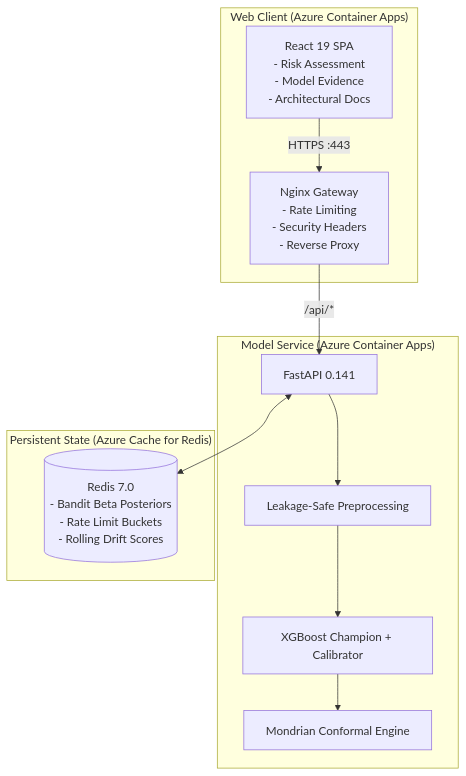
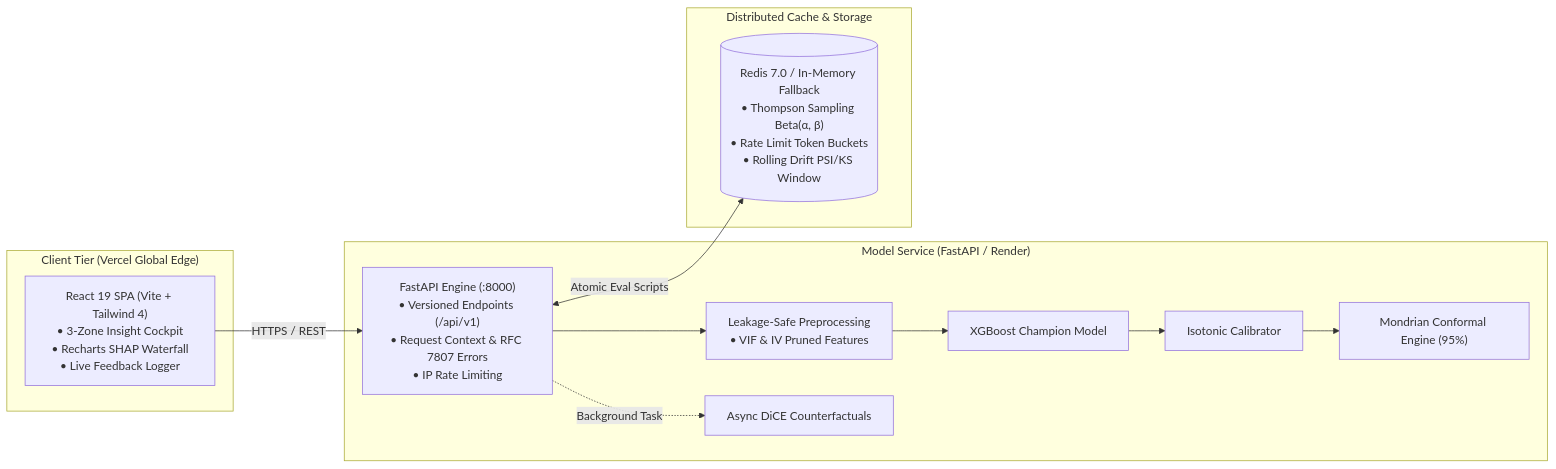
The diagram in README.md (kashish-sachdeva-ds/retentionai), drawn with Mermaid before and after one commit. The commit also changed other lines of this file, not shown here.

Commit message:
docs: polish enterprise-grade README with live demo and ADR links

````diff
--- a/README.md
+++ b/README.md
@@ -29,23 +46,24 @@
 ```mermaid
-flowchart TD
-    subgraph Frontend ["Web Client (Azure Container Apps)"]
-        SPA["React 19 SPA<br/>- Risk Assessment<br/>- Model Evidence<br/>- Architectural Docs"]
-        Nginx["Nginx Gateway<br/>- Rate Limiting<br/>- Security Headers<br/>- Reverse Proxy"]
+flowchart LR
+    subgraph Client ["Client Tier (Vercel Global Edge)"]
+        UI["React 19 SPA (Vite + Tailwind 4)<br/>• 3-Zone Insight Cockpit<br/>• Recharts SHAP Waterfall<br/>• Live Feedback Logger"]
     end
 
-    subgraph API ["Model Service (Azure Container Apps)"]
-        FastAPI["FastAPI 0.141"]
-        Pipeline["Leakage-Safe Preprocessing"]
-        Model["XGBoost Champion + Calibrator"]
-        Conformal["Mondrian Conformal Engine"]
+    subgraph Gateway ["Model Service (FastAPI / Render)"]
+        API["FastAPI Engine (:8000)<br/>• Versioned Endpoints (/api/v1)<br/>• Request Context & RFC 7807 Errors<br/>• IP Rate Limiting"]
+        Pipe["Leakage-Safe Preprocessing<br/>• VIF & IV Pruned Features"]
+        XGB["XGBoost Champion Model"]
+        Calib["Isotonic Calibrator"]
+        Conf["Mondrian Conformal Engine (95%)"]
+        CF["Async DiCE Counterfactuals"]
     end
 
-    subgraph StateStore ["Persistent State (Azure Cache for Redis)"]
-        RedisState[("Redis 7.0<br/>- Bandit Beta Posteriors<br/>- Rate Limit Buckets<br/>- Rolling Drift Scores")]
+    subgraph State ["Distributed Cache & Storage"]
+        RedisState[("Redis 7.0 / In-Memory Fallback<br/>• Thompson Sampling Beta(α, β)<br/>• Rate Limit Token Buckets<br/>• Rolling Drift PSI/KS Window")]
     end
 
-    SPA -->|HTTPS :443| Nginx
-    Nginx -->|/api/*| FastAPI
-    FastAPI --> Pipeline --> Model --> Conformal
-    FastAPI <--> RedisState
+    UI -->|HTTPS / REST| API
+    API --> Pipe --> XGB --> Calib --> Conf
+    API -.->|Background Task| CF
+    API <-->|Atomic Eval Scripts| RedisState
 ```
````
